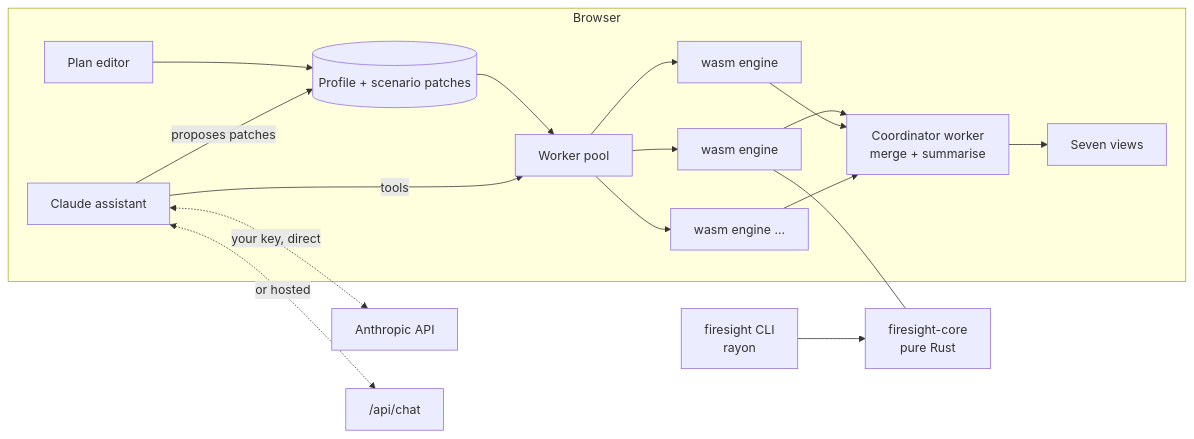
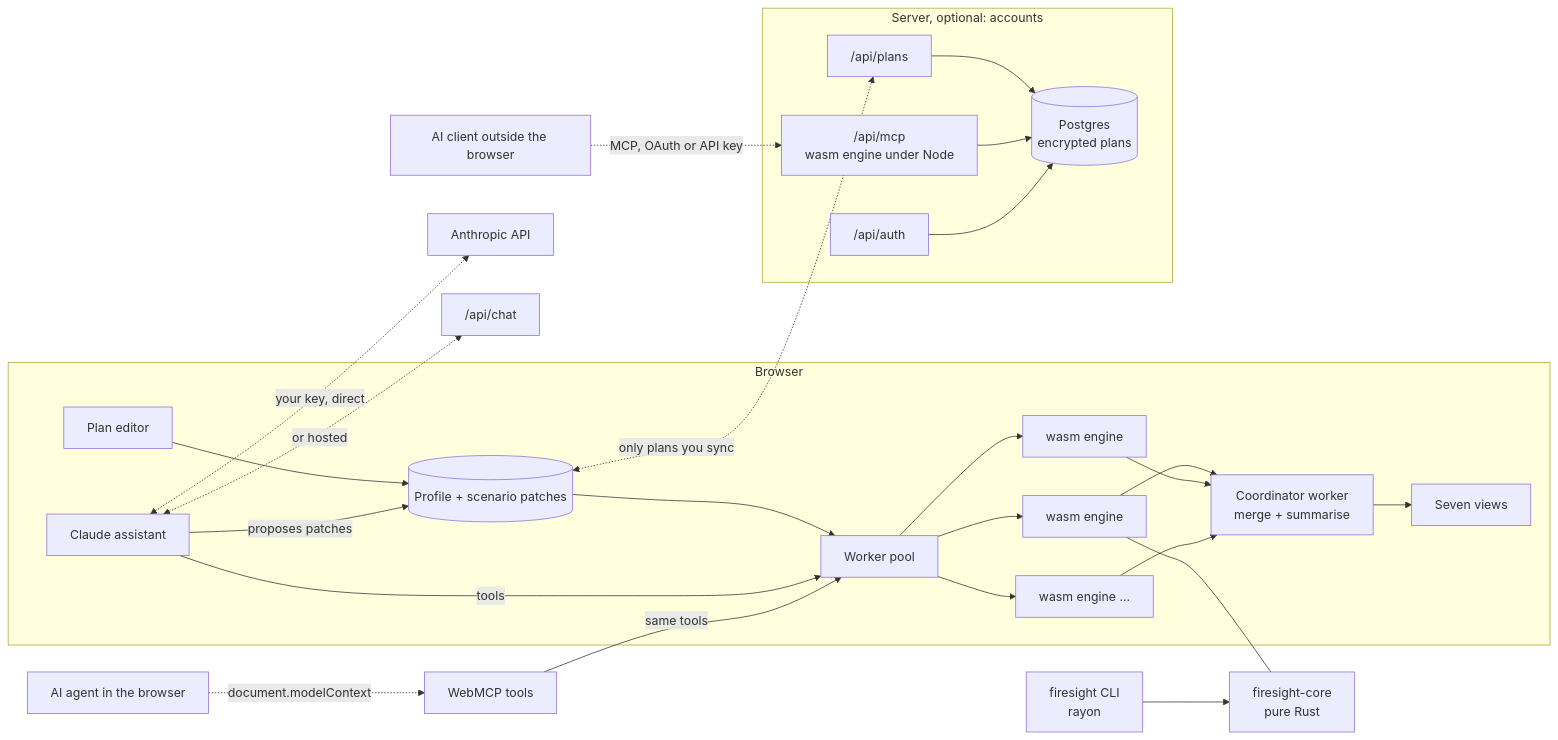
Before and after one commit to joey12725/firesight-v2: the diagram in README.md, drawn with Mermaid. The commit also changed other lines of this file and 120 other files, not shown here.

Commit message:
Agent access: WebMCP tools, accounts and API keys, hosted MCP server

````diff
--- a/README.md
+++ b/README.md
@@ -141,16 +158,25 @@
 ```mermaid
 flowchart LR
   subgraph Browser
     editor[Plan editor] --> store[(Profile + scenario patches)]
     store --> pool[Worker pool]
     pool --> w1[wasm engine] & w2[wasm engine] & w3[wasm engine ...]
     w1 & w2 & w3 --> coord[Coordinator worker<br/>merge + summarise]
     coord --> views[Seven views]
     assistant[Claude assistant] -- tools --> pool
     assistant -- proposes patches --> store
   end
   assistant <-. "your key, direct" .-> anthropic[Anthropic API]
   assistant <-. "or hosted" .-> proxy["/api/chat"]
+  webmcp[WebMCP tools] -- same tools --> pool
+  browseragent[AI agent in the browser] -. "document.modelContext" .-> webmcp
+  subgraph Server["Server, optional: accounts"]
+    plans["/api/plans"] --> db[(Postgres<br/>encrypted plans)]
+    mcp["/api/mcp<br/>wasm engine under Node"] --> db
+    auth["/api/auth"] --> db
+  end
+  store <-. "only plans you sync" .-> plans
+  outside[AI client outside the browser] -. "MCP, OAuth or API key" .-> mcp
   cli[firesight CLI<br/>rayon] --> core
   w1 --- core[firesight-core<br/>pure Rust]
 ```
````
